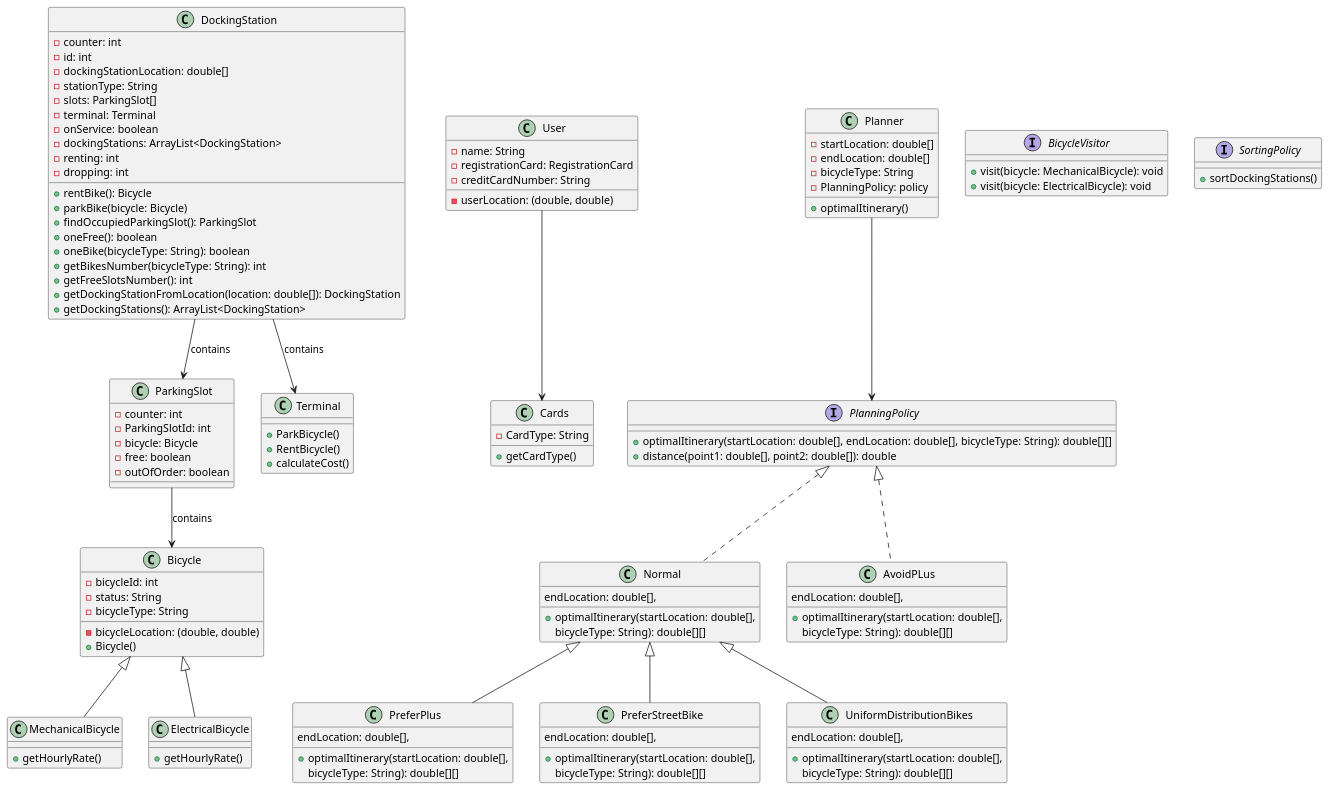
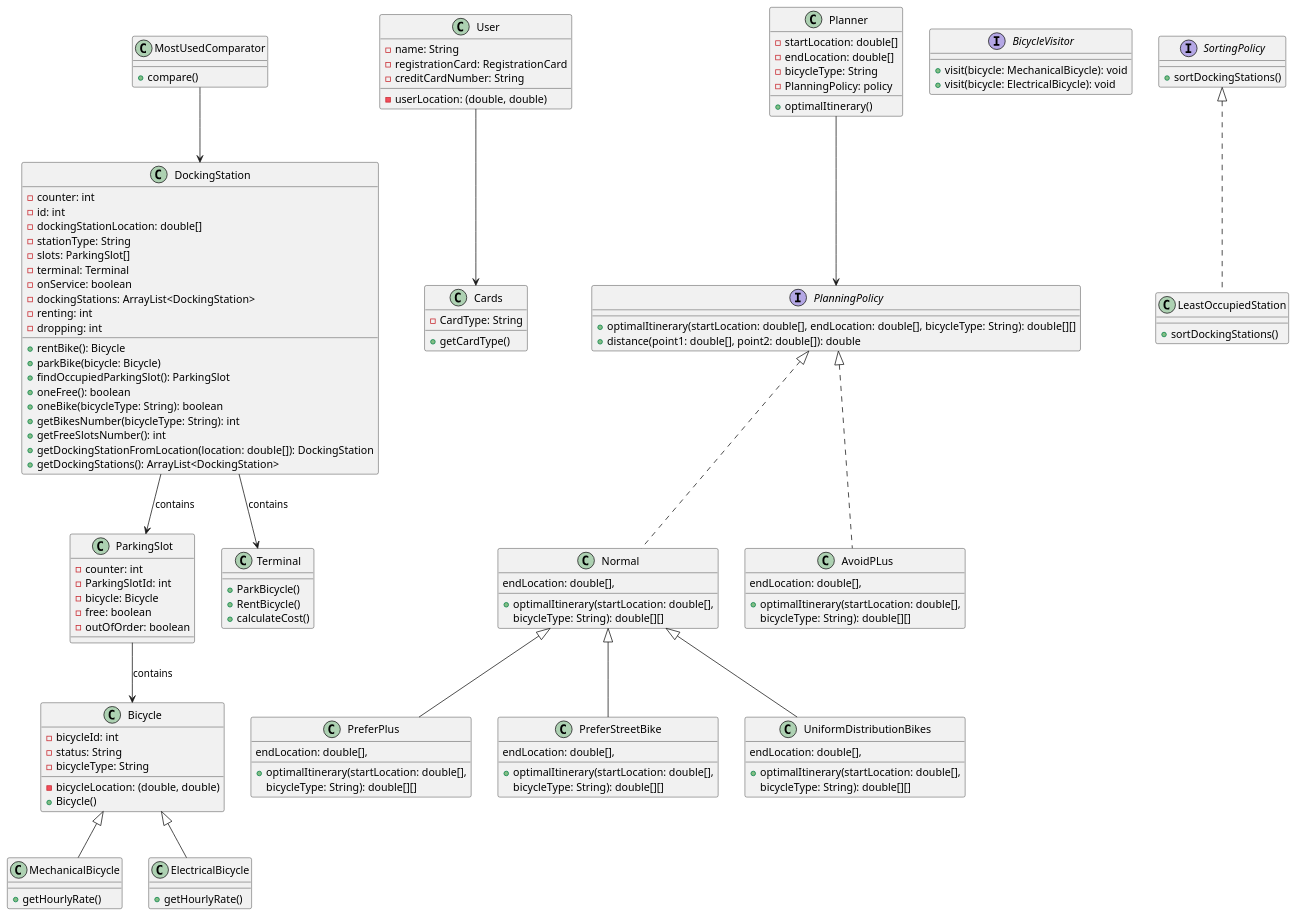
The diagram in src/main/java/fr/cs/GroupNN/myVelib/UML.puml (louislhotte/myVelib), drawn with PlantUML before and after one commit. The commit also changed 4 other files, not shown here.

```diff
--- a/src/main/java/fr/cs/GroupNN/myVelib/UML.puml
+++ b/src/main/java/fr/cs/GroupNN/myVelib/UML.puml
@@ -1,125 +1,137 @@
 @startuml
  class DockingStation {
         - counter: int
         - id: int
         - dockingStationLocation: double[]
         - stationType: String
         - slots: ParkingSlot[]
         - terminal: Terminal
         - onService: boolean
         - dockingStations: ArrayList<DockingStation>
         - renting: int
         - dropping: int
 
         + rentBike(): Bicycle
         + parkBike(bicycle: Bicycle)
         + findOccupiedParkingSlot(): ParkingSlot
         + oneFree(): boolean
         + oneBike(bicycleType: String): boolean
         + getBikesNumber(bicycleType: String): int
         + getFreeSlotsNumber(): int
         + getDockingStationFromLocation(location: double[]): DockingStation
         + getDockingStations(): ArrayList<DockingStation>
     }
 
 class ParkingSlot {
      - counter: int
      - ParkingSlotId: int
      - bicycle: Bicycle
      - free: boolean
      - outOfOrder: boolean
 }
 
 class Bicycle {
     - bicycleId: int
     - bicycleLocation: (double, double)
     - status: String
     - bicycleType: String
     + Bicycle()
 }
 
 class MechanicalBicycle extends Bicycle {
     + getHourlyRate()
 }
 
 class ElectricalBicycle extends Bicycle {
 + getHourlyRate()
 }
 
 class User {
     - name: String
     - userLocation: (double, double)
     - registrationCard: RegistrationCard
     - creditCardNumber: String
 }
 
 
 class Cards {
     - CardType: String
     + getCardType()
 }
 
 class Terminal {
     + ParkBicycle()
     + RentBicycle()
     + calculateCost()
 }
 
 class Planner {
 -startLocation: double[]
 -endLocation: double[]
 -bicycleType: String
 -PlanningPolicy: policy
 +optimalItinerary()
 }
 
 interface PlanningPolicy {
         +optimalItinerary(startLocation: double[], endLocation: double[], bicycleType: String): double[][]
         +distance(point1: double[], point2: double[]): double
 }
 
 class PreferPlus extends Normal {
         + optimalItinerary(startLocation: double[],
         endLocation: double[],
         bicycleType: String): double[][]
 }
 
 class PreferStreetBike extends Normal {
         + optimalItinerary(startLocation: double[],
         endLocation: double[],
         bicycleType: String): double[][]
     }
 
 class AvoidPLus implements PlanningPolicy {
 + optimalItinerary(startLocation: double[],
         endLocation: double[],
         bicycleType: String): double[][]
 }
 
 class Normal implements PlanningPolicy {
         + optimalItinerary(startLocation: double[],
         endLocation: double[],
         bicycleType: String): double[][]
     }
 
 interface BicycleVisitor {
         + visit(bicycle: MechanicalBicycle): void
         + visit(bicycle: ElectricalBicycle): void
     }
 
 interface SortingPolicy {
 +sortDockingStations()
 }
 
 class UniformDistributionBikes extends Normal {
 + optimalItinerary(startLocation: double[],
         endLocation: double[],
         bicycleType: String): double[][]
 }
 
+interface SortingPolicy {
+}
+
+class LeastOccupiedStation implements SortingPolicy {
++sortDockingStations()
+}
+
+class MostUsedComparator {
++compare()
+}
+
 Planner --> PlanningPolicy
 DockingStation --> ParkingSlot : contains
 DockingStation --> Terminal : contains
 ParkingSlot --> Bicycle : contains
 User --> Cards
+MostUsedComparator --> DockingStation
 @enduml
```
